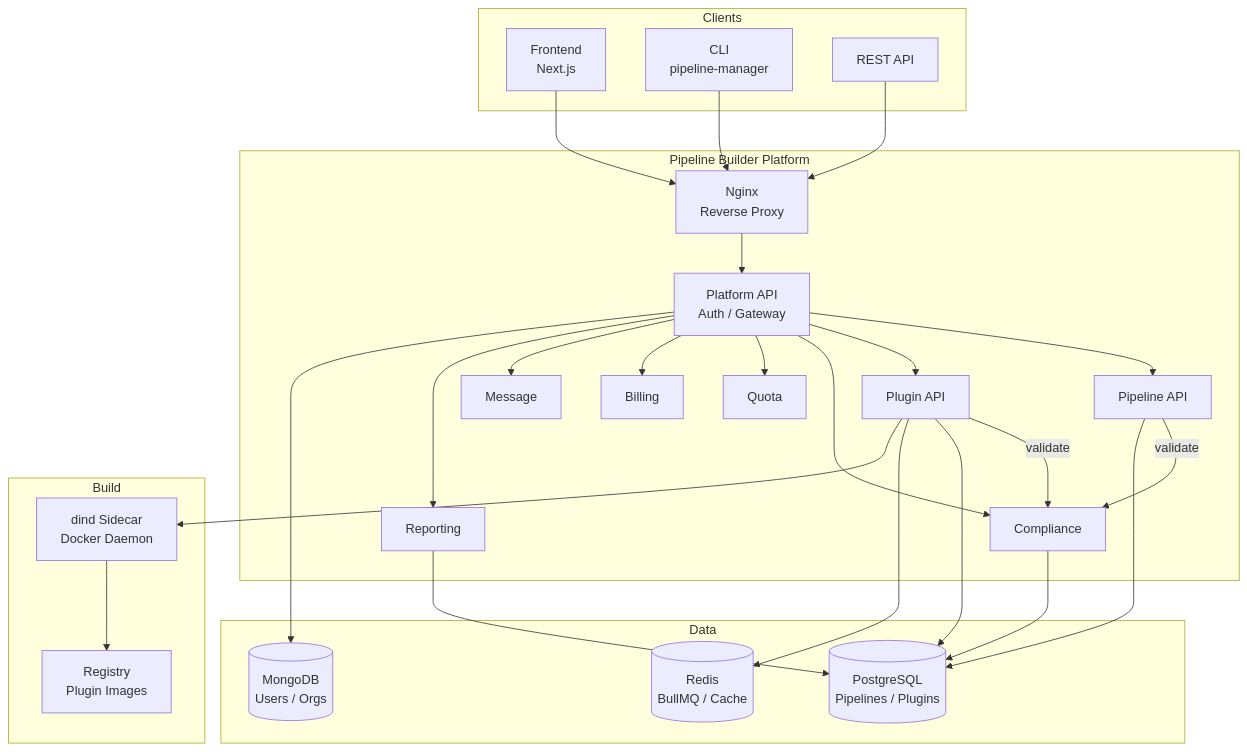
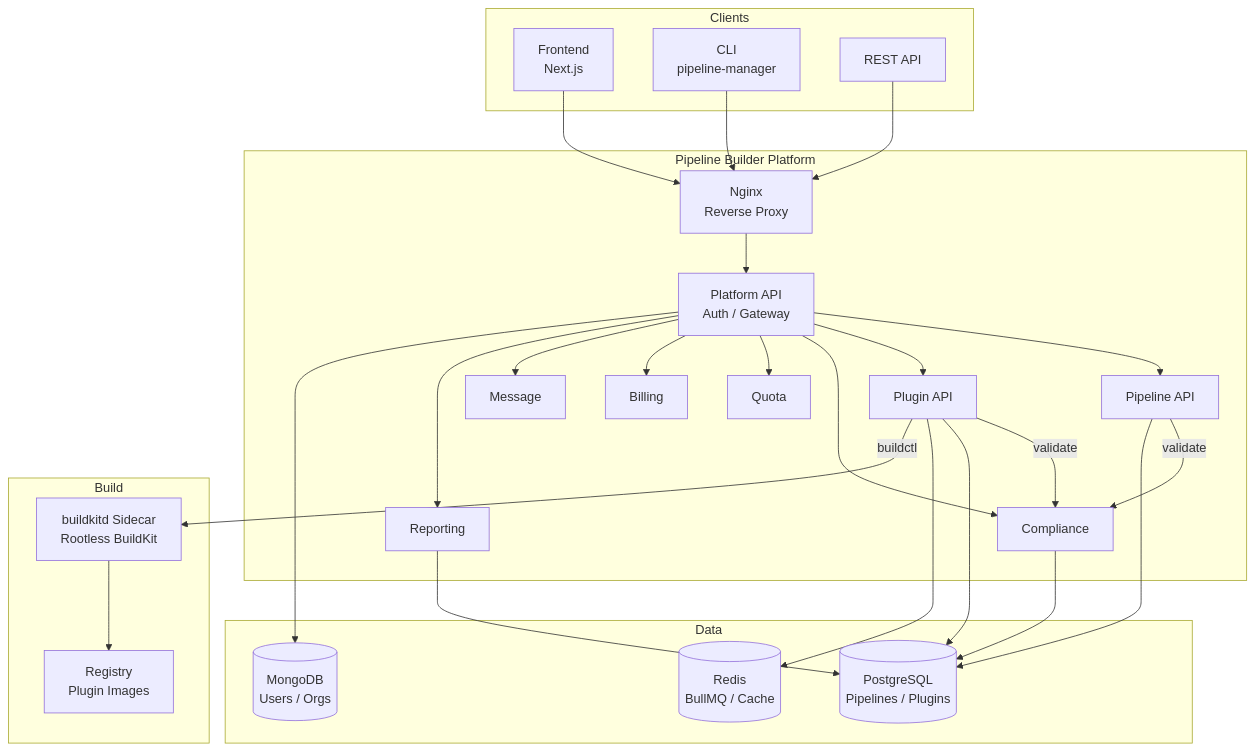
One commit to mwashburn160/pipeline-builder changed the first of 10 diagrams in docs/architecture-flow.md. Above: the diagram before and after it, drawn with Mermaid. The commit also changed other lines of this file and 69 other files, not shown here.

````diff
--- a/docs/architecture-flow.md
+++ b/docs/architecture-flow.md
@@ -11,41 +11,41 @@
 ```mermaid
 flowchart TB
     subgraph Clients
         FE[Frontend<br/>Next.js]
         CLI[CLI<br/>pipeline-manager]
         API_EXT[REST API]
     end
 
     subgraph Platform["Pipeline Builder Platform"]
         NGINX[Nginx<br/>Reverse Proxy]
         PLATFORM[Platform API<br/>Auth / Gateway]
         PIPELINE[Pipeline API]
         PLUGIN[Plugin API]
         COMPLIANCE[Compliance]
         QUOTA[Quota]
         BILLING[Billing]
         MESSAGE[Message]
         REPORTING[Reporting]
     end
 
     subgraph Data
         MONGO[(MongoDB<br/>Users / Orgs)]
         PG[(PostgreSQL<br/>Pipelines / Plugins)]
         REDIS[(Redis<br/>BullMQ / Cache)]
     end
 
     subgraph Build
-        DIND[dind Sidecar<br/>Docker Daemon]
+        BK[buildkitd Sidecar<br/>Rootless BuildKit]
         REG[Registry<br/>Plugin Images]
     end
 
     FE & CLI & API_EXT --> NGINX
     NGINX --> PLATFORM
     PLATFORM --> PIPELINE & PLUGIN & COMPLIANCE & QUOTA & BILLING & MESSAGE & REPORTING
     PLUGIN & PIPELINE -->|validate| COMPLIANCE
     PLATFORM --> MONGO
     PIPELINE & PLUGIN & COMPLIANCE & REPORTING --> PG
     PLUGIN --> REDIS
-    PLUGIN --> DIND
-    DIND --> REG
+    PLUGIN -->|buildctl| BK
+    BK --> REG
 ```
````
